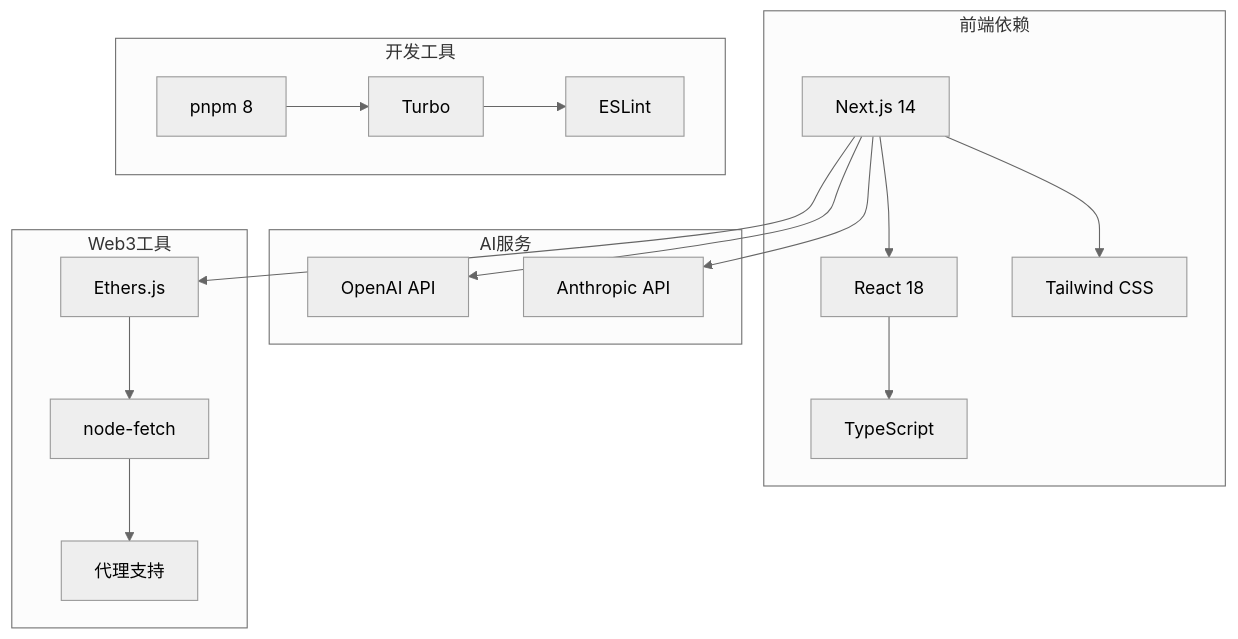
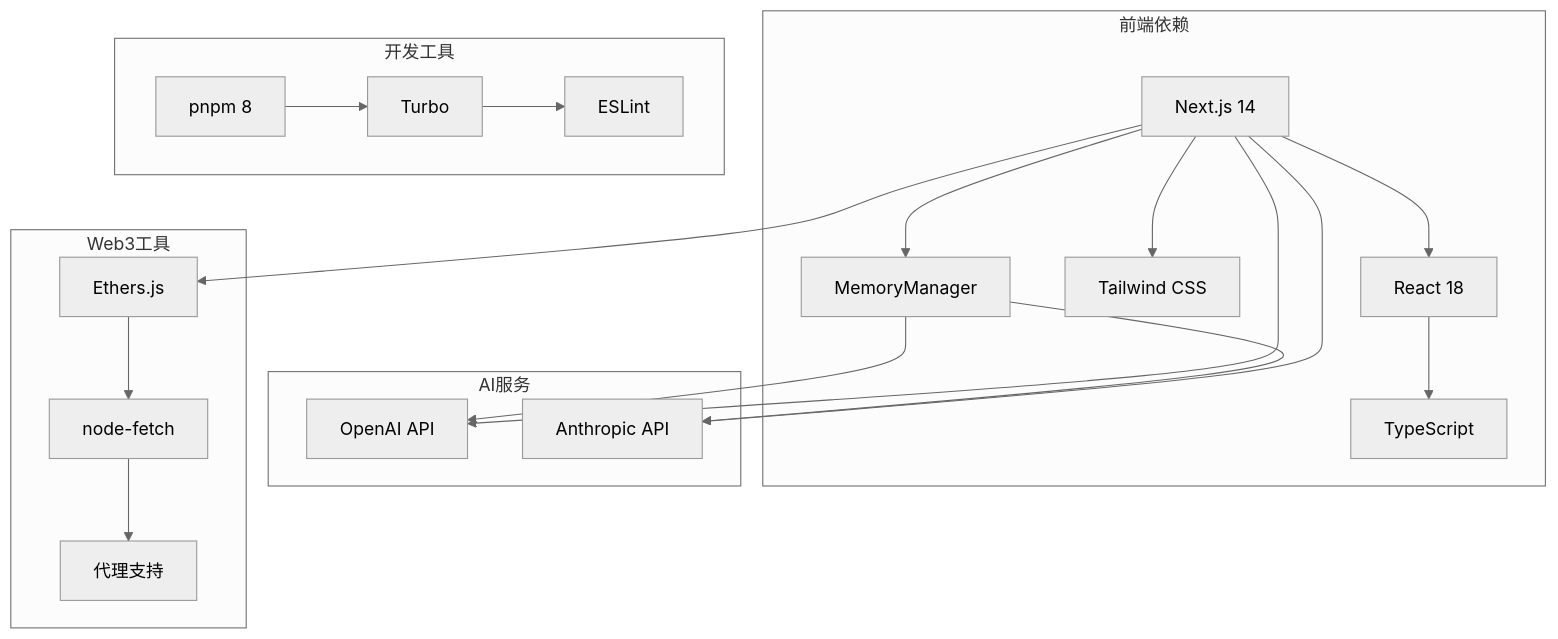
The tenth of 22 diagrams in .qoder/repowiki/zh/content/核心技能详解/SSE流式聊天系统.md (CryptoLinxu/Web3-AI-Agent), drawn with Mermaid (neutral theme) before and after one commit. The commit also changed other lines of this file and 9 other files, not shown here.

````diff
--- a/.qoder/repowiki/zh/content/核心技能详解/SSE流式聊天系统.md
+++ b/.qoder/repowiki/zh/content/核心技能详解/SSE流式聊天系统.md
@@ -340,33 +510,37 @@
 ```mermaid
 graph TB
 subgraph "前端依赖"
 NEXT[Next.js 14]
 REACT[React 18]
 TS[TypeScript]
 TAILWIND[Tailwind CSS]
+MEMORY[MemoryManager]
 end
 subgraph "AI服务"
 OPENAI[OpenAI API]
 ANTHROPIC[Anthropic API]
 end
 subgraph "Web3工具"
 ETHERS[Ethers.js]
 FETCH[node-fetch]
 PROXY[代理支持]
 end
 subgraph "开发工具"
 PNPM[pnpm 8]
 TURBO[Turbo]
 ESLINT[ESLint]
 end
 NEXT --> REACT
 REACT --> TS
 NEXT --> TAILWIND
+NEXT --> MEMORY
+MEMORY --> OPENAI
+MEMORY --> ANTHROPIC
 NEXT --> OPENAI
 NEXT --> ANTHROPIC
 NEXT --> ETHERS
 ETHERS --> FETCH
 FETCH --> PROXY
 PNPM --> TURBO
 TURBO --> ESLINT
 ```
````
